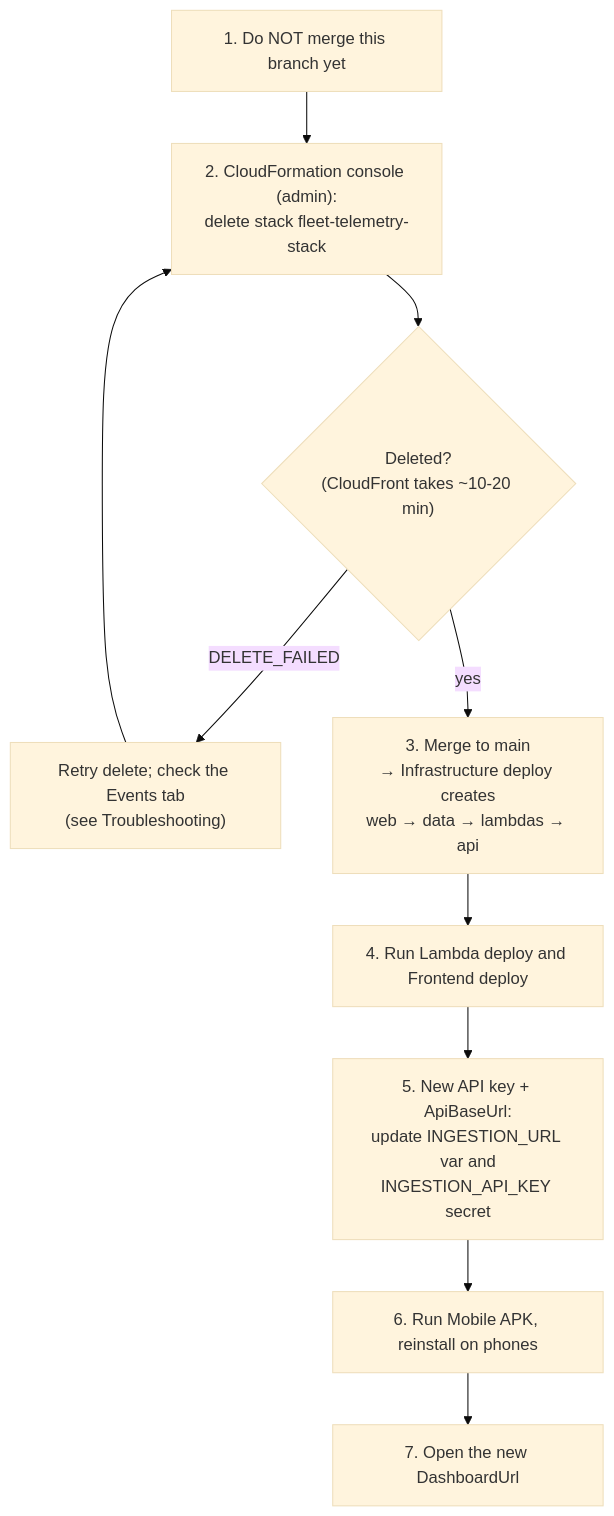
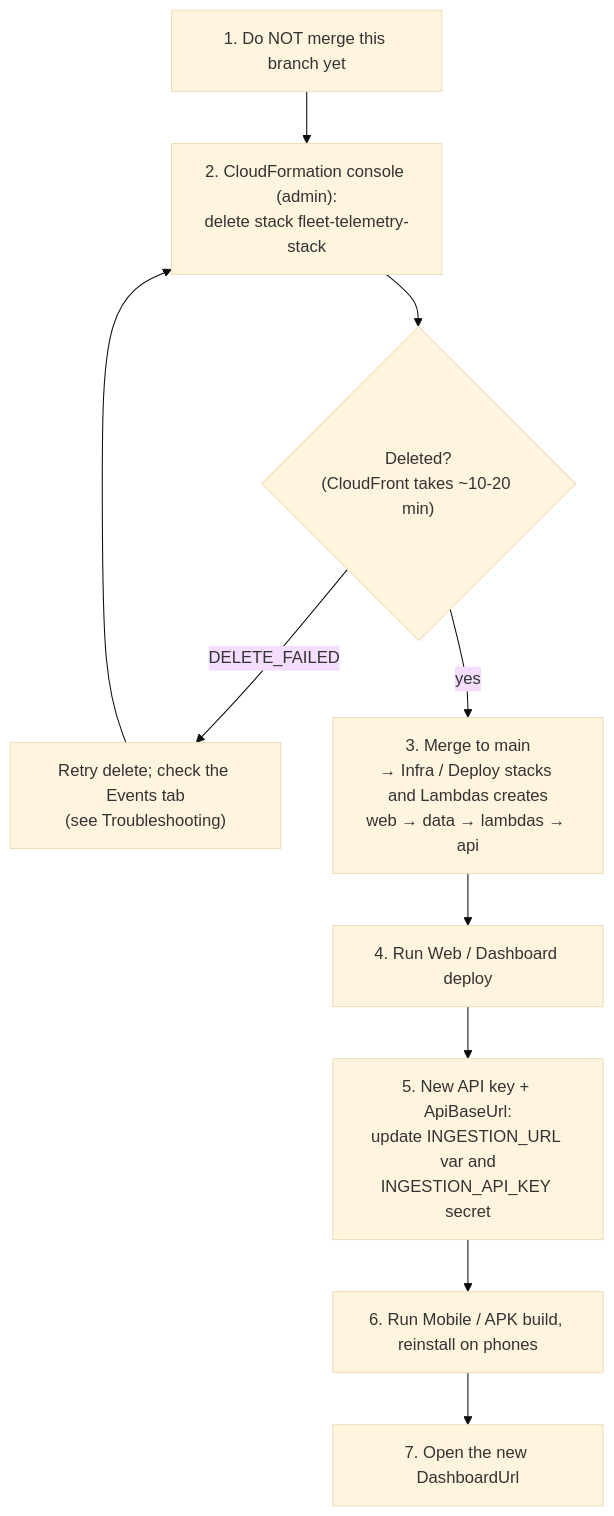
One commit to lupseIV/DataInfrastructure_404PorscheNotFound changed the ninth of 9 diagrams in docs/infrastructure.md. Above: the diagram before and after it, drawn with Mermaid (base theme). The commit also changed other lines of this file and 14 other files, not shown here.

First line of the commit message:
Organize workflows by area and deploy stacks and Lambdas per job

````diff
--- a/docs/infrastructure.md
+++ b/docs/infrastructure.md
@@ -466,11 +542,11 @@
 ```mermaid
 flowchart TB
     a["1. Do NOT merge this branch yet"] --> b["2. CloudFormation console (admin):<br/>delete stack fleet-telemetry-stack"]
     b --> c{"Deleted?<br/>(CloudFront takes ~10-20 min)"}
     c -- "DELETE_FAILED" --> d["Retry delete; check the Events tab<br/>(see Troubleshooting)"] --> b
-    c -- yes --> e["3. Merge to main<br/>→ Infrastructure deploy creates<br/>web → data → lambdas → api"]
-    e --> f["4. Run Lambda deploy and Frontend deploy"]
+    c -- yes --> e["3. Merge to main<br/>→ Infra / Deploy stacks and Lambdas creates<br/>web → data → lambdas → api"]
+    e --> f["4. Run Web / Dashboard deploy"]
     f --> g["5. New API key + ApiBaseUrl:<br/>update INGESTION_URL var and<br/>INGESTION_API_KEY secret"]
-    g --> h["6. Run Mobile APK, reinstall on phones"]
+    g --> h["6. Run Mobile / APK build, reinstall on phones"]
     h --> i["7. Open the new DashboardUrl"]
 ```
````
